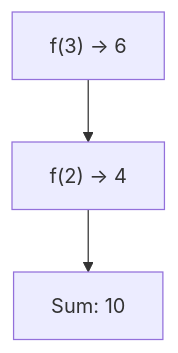
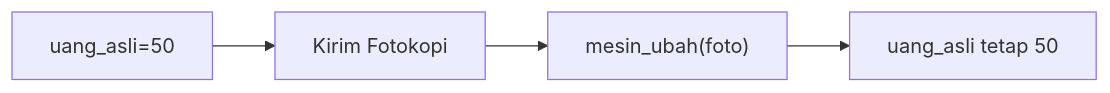
One commit to amnahwaida/OSNK_INF_PREP changed the first of 25 diagrams in part-c-pemahaman-cpp/04-fungsi/latihan/set-06.md. Above: the diagram before and after it, drawn with Mermaid. The commit also changed other lines of this file and 71 other files, not shown here.

````diff
--- a/part-c-pemahaman-cpp/04-fungsi/latihan/set-06.md
+++ b/part-c-pemahaman-cpp/04-fungsi/latihan/set-06.md
@@ -21,5 +21,6 @@
 ```mermaid
-graph TD
-A["f(3) -> 6"] --> B["f(2) -> 4"]
-B --> C["Sum: 10"]
+graph LR
+A["uang_asli=50"] --> B["Kirim Fotokopi"]
+B --> C["mesin_ubah(foto)"]
+C --> D["uang_asli tetap 50"]
 ```
````
